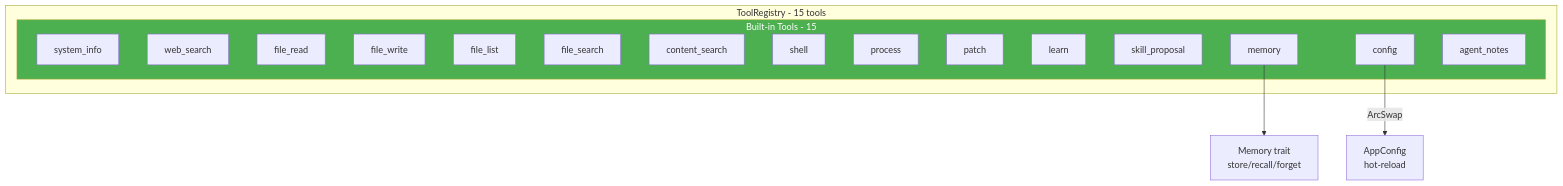
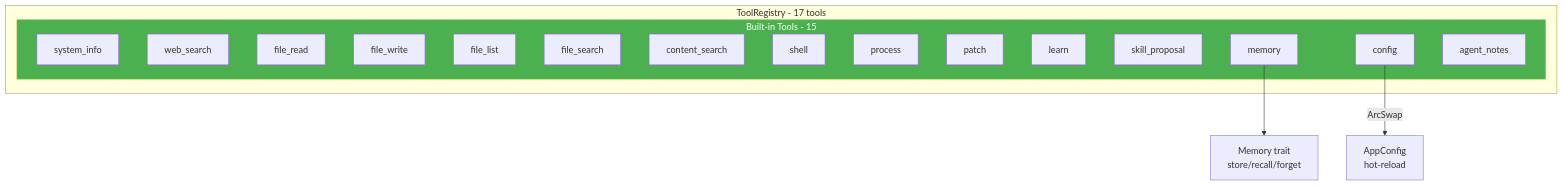
One commit to sprklai/mesoclaw changed diagram 18 of 33 in docs-site/docs/architecture.md. Above: the diagram before and after it, drawn with Mermaid. The commit also changed other lines of this file and 19 other files, not shown here.

````diff
--- a/docs-site/docs/architecture.md
+++ b/docs-site/docs/architecture.md
@@ -1278,27 +1288,27 @@
 ```mermaid
 graph TD
-    subgraph ToolRegistry["ToolRegistry - 15 tools"]
+    subgraph ToolRegistry["ToolRegistry - 17 tools"]
         subgraph Base["Built-in Tools - 15"]
             SysInfo[system_info]
             WebSearch[web_search]
             FileR[file_read]
             FileW[file_write]
             FileL[file_list]
             FileS[file_search]
             ContentS[content_search]
             Shell[shell]
             Process[process]
             Patch[patch]
             Learn[learn]
             SkillP[skill_proposal]
             MemT[memory]
             ConfigT[config]
             AgentSelf["agent_notes"]
         end
     end
 
     ConfigT -->|ArcSwap| Config["AppConfig<br>hot-reload"]
     MemT --> Memory["Memory trait<br>store/recall/forget"]
 
     style Base fill:#4CAF50,color:#fff
 ```
````
